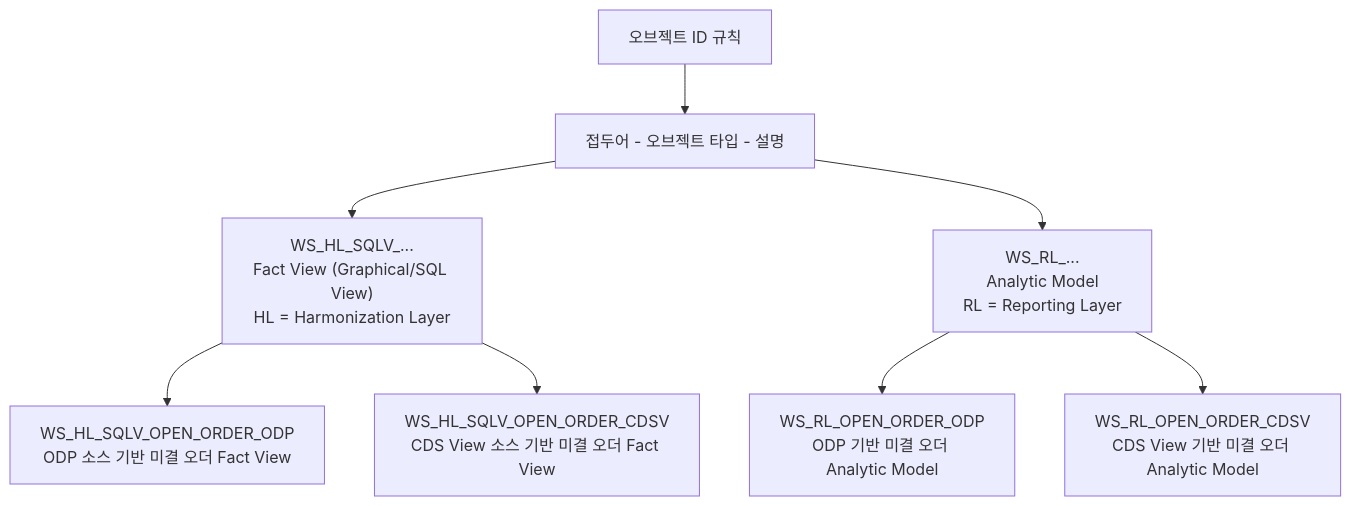
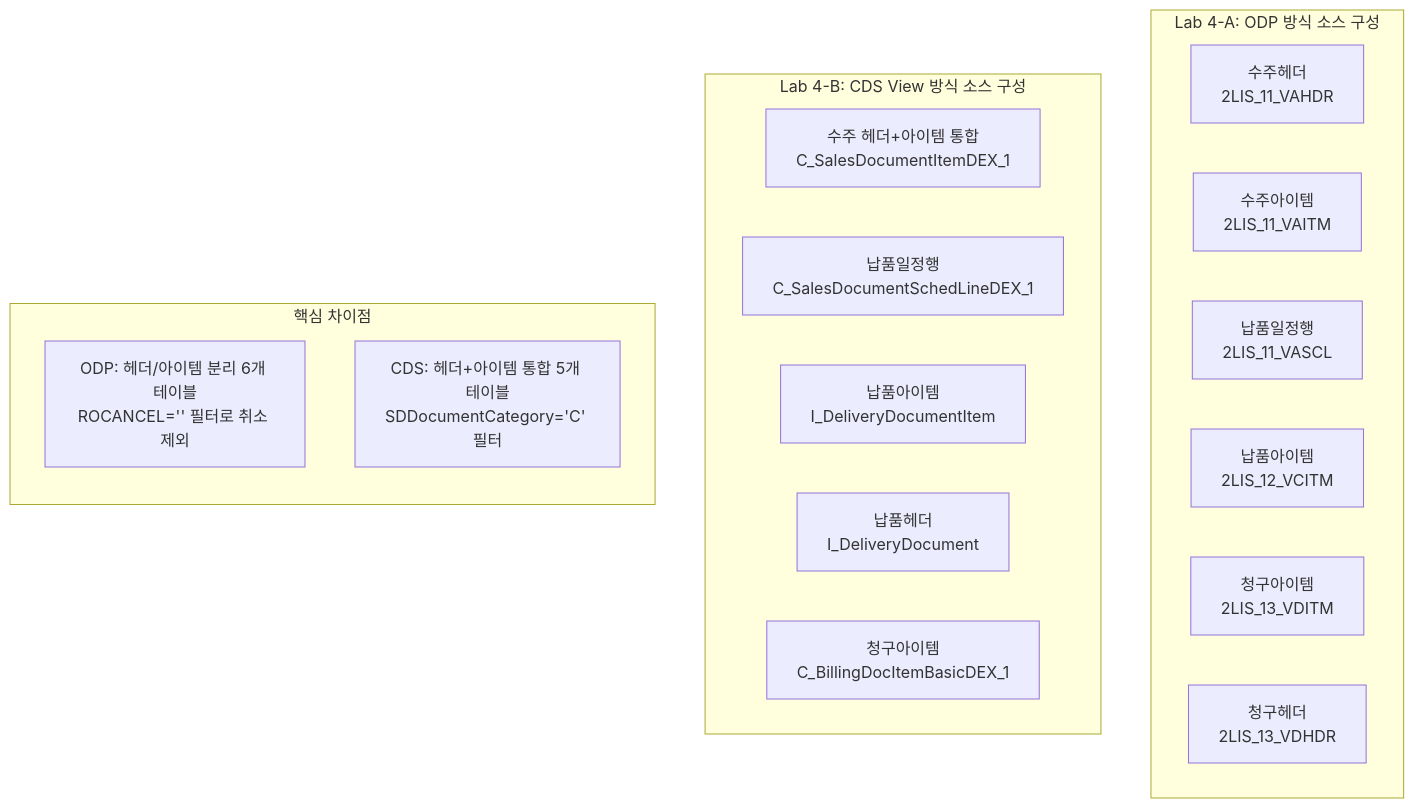
The fourth of 5 diagrams in docs/architecture.md (youngseols925/sap-datasphere-bdc-workshop), drawn with Mermaid before and after one commit. The commit also changed other lines of this file, not shown here.

First line of the commit message:
docs: architecture.md CDS View 소스명 실제 CSN 기반으로 전면 수정

````diff
--- a/docs/architecture.md
+++ b/docs/architecture.md
@@ -151,12 +150,27 @@
 ```mermaid
-graph TD
-    A["오브젝트 ID 규칙"] --> B["접두어 - 오브젝트 타입 - 설명"]
+graph TB
+    subgraph ODP["Lab 4-A: ODP 방식 소스 구성"]
+        direction LR
+        V[수주헤더<br/>2LIS_11_VAHDR] 
+        I[수주아이템<br/>2LIS_11_VAITM]
+        SC[납품일정행<br/>2LIS_11_VASCL]
+        DI[납품아이템<br/>2LIS_12_VCITM]
+        BI[청구아이템<br/>2LIS_13_VDITM]
+        BH[청구헤더<br/>2LIS_13_VDHDR]
+    end
 
-    B --> C["WS_HL_SQLV_...<br/>Fact View (Graphical/SQL View)<br/>HL = Harmonization Layer"]
-    B --> D["WS_RL_...<br/>Analytic Model<br/>RL = Reporting Layer"]
+    subgraph CDS["Lab 4-B: CDS View 방식 소스 구성"]
+        direction LR
+        SD[수주 헤더+아이템 통합<br/>C_SalesDocumentItemDEX_1]
+        SSL[납품일정행<br/>C_SalesDocumentSchedLineDEX_1]
+        DDI[납품아이템<br/>I_DeliveryDocumentItem]
+        DDH[납품헤더<br/>I_DeliveryDocument]
+        BDI[청구아이템<br/>C_BillingDocItemBasicDEX_1]
+    end
 
-    C --> E["WS_HL_SQLV_OPEN_ORDER_ODP<br/>ODP 소스 기반 미결 오더 Fact View"]
-    C --> F["WS_HL_SQLV_OPEN_ORDER_CDSV<br/>CDS View 소스 기반 미결 오더 Fact View"]
-    D --> G["WS_RL_OPEN_ORDER_ODP<br/>ODP 기반 미결 오더 Analytic Model"]
-    D --> H["WS_RL_OPEN_ORDER_CDSV<br/>CDS View 기반 미결 오더 Analytic Model"]
+    subgraph DIFF["핵심 차이점"]
+        direction TB
+        D1["ODP: 헤더/아이템 분리 6개 테이블<br/>ROCANCEL='' 필터로 취소 제외"]
+        D2["CDS: 헤더+아이템 통합 5개 테이블<br/>SDDocumentCategory='C' 필터"]
+    end
 ```
````
